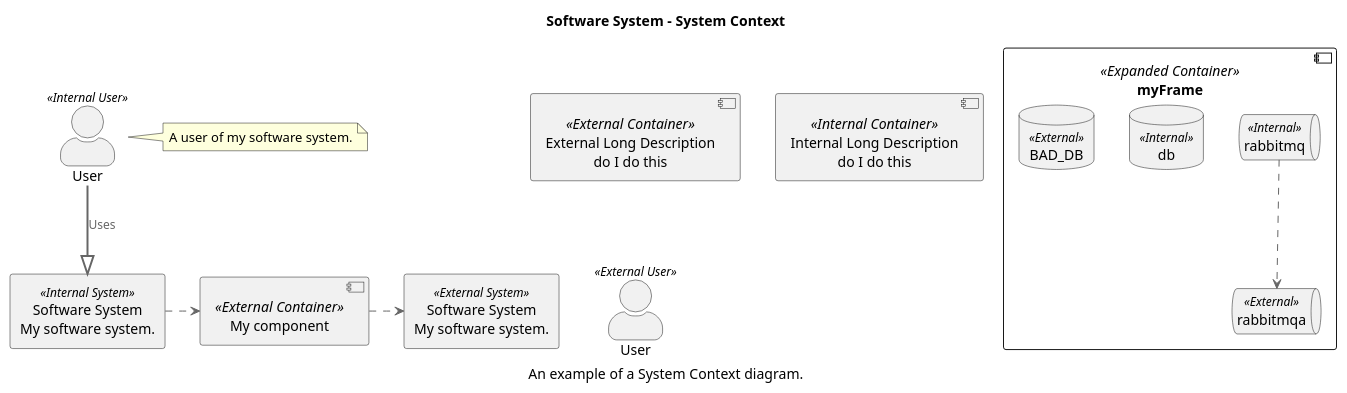
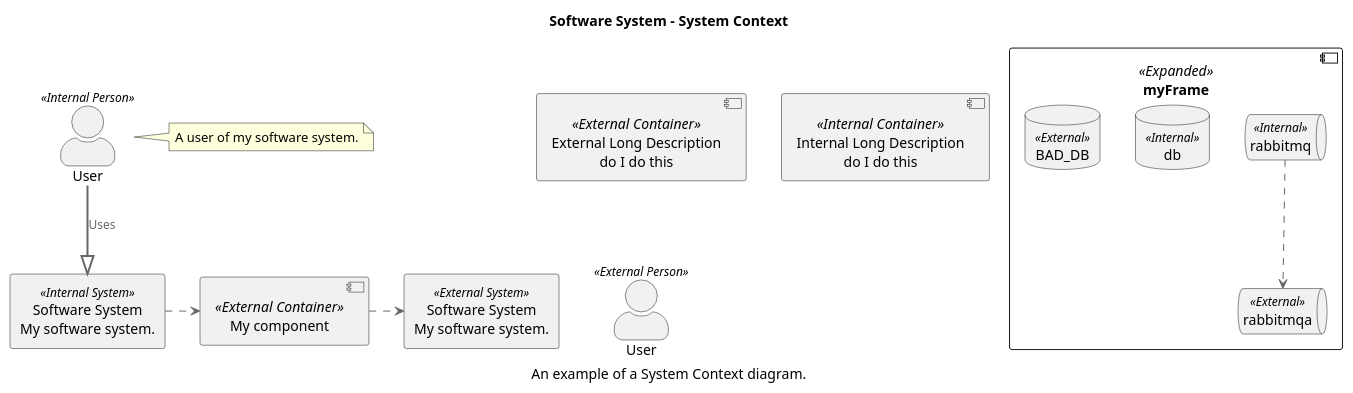
Before and after one commit to skleanthous/C4-PlantumlSkin: the diagram in sample/test.puml, drawn with PlantUML. The commit also changed 22 other files, not shown here.

```diff
--- a/sample/test.puml
+++ b/sample/test.puml
@@ -1,49 +1,49 @@
 @startuml
 !includeurl https://raw.githubusercontent.com/skleanthous/C4-PlantumlSkin/master/build/output/c4.puml
 
 title Software System - System Context
 caption An example of a System Context diagram.
 
-component myFrame<<Expanded Container>> {
+component myFrame <<Expanded>> {
     queue rabbitmq <<Internal>>
     queue rabbitmqa <<External>>
 
 
     rabbitmq ..> rabbitmqa
     database db <<Internal>>
     database BAD_DB <<External>>
 }
 
 rectangle 2 <<Internal System>> [
 Software System
 My software system.
 ]
 
 rectangle 4 <<External System>> [
 Software System
 My software system.
 ]
 
 component [My component] <<External Container>> as 3
 
 component testingLong <<External Container>> [
   External Long Description
   do I do this
 ]
 
 component testingLongInternal <<Internal Container>> [
   Internal Long Description
   do I do this
 ]
 
-actor "User" <<Internal User>> as 1
-actor "User" <<External User>>
+actor "User" <<Internal Person>> as 1
+actor "User" <<External Person>>
 note right of 1
   A user of my software system.
 end note
 1 ==|> 2 : Uses
 
 2 .right.> 3
 3 .right.> 4
 
 @enduml
```
